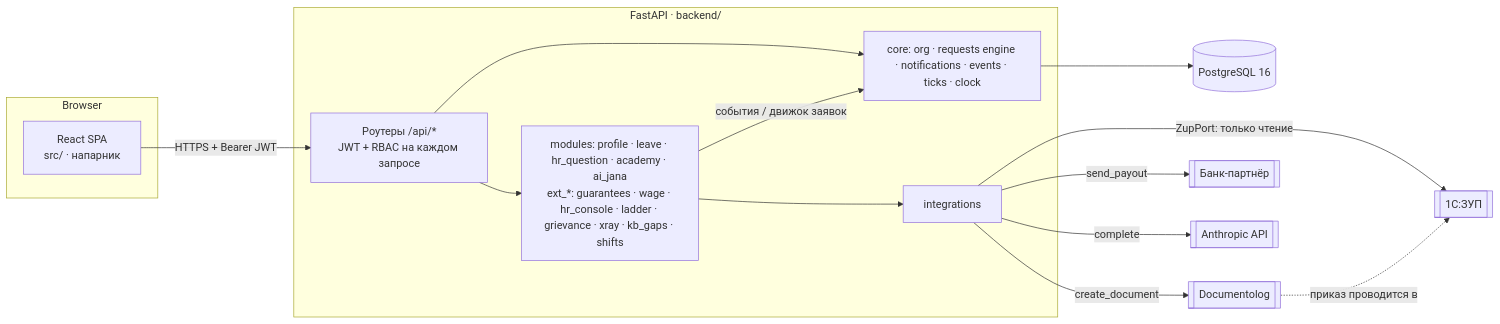
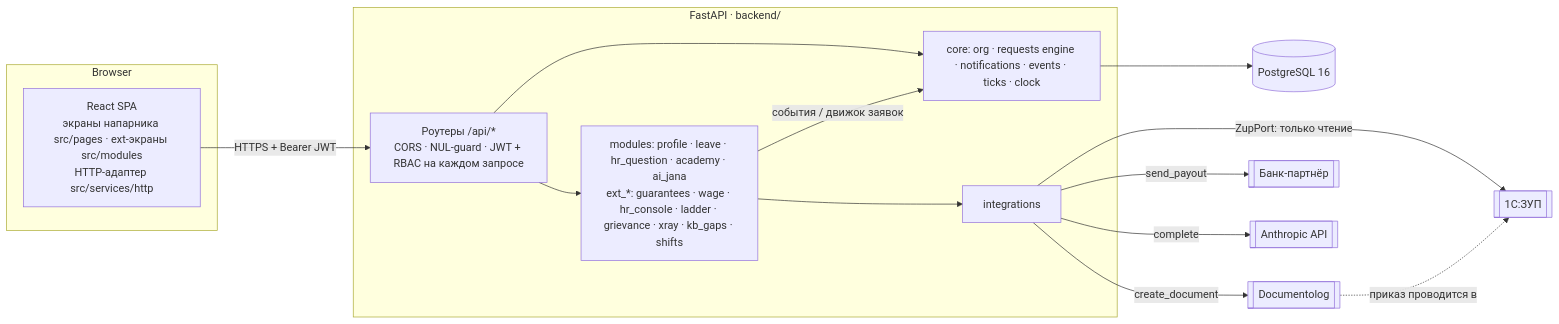
Before and after one commit to Mayntu/terricon_professors: the diagram in docs/ARCHITECTURE.md, drawn with Mermaid. The commit also changed 4 other files, not shown here.

Commit message:
docs: FINAL_QA.md, чек-лист кейса с UI-проверками, контракт и схема сверены с кодом

````diff
--- a/docs/ARCHITECTURE.md
+++ b/docs/ARCHITECTURE.md
@@ -3,29 +3,29 @@
 ```mermaid
 flowchart LR
   subgraph Browser
-    FE[React SPA<br/>src/ · напарник]
+    FE[React SPA<br/>экраны напарника src/pages · ext-экраны src/modules<br/>HTTP-адаптер src/services/http]
   end
   subgraph Backend[FastAPI · backend/]
-    API[Роутеры /api/*<br/>JWT + RBAC на каждом запросе]
+    API[Роутеры /api/*<br/>CORS · NUL-guard · JWT + RBAC на каждом запросе]
     CORE[core: org · requests engine · notifications · events · ticks · clock]
     MOD[modules: profile · leave · hr_question · academy · ai_jana<br/>ext_*: guarantees · wage · hr_console · ladder · grievance · xray · kb_gaps · shifts]
     INT[integrations]
   end
   DB[(PostgreSQL 16)]
   ZUP[[1С:ЗУП]]
   DL[[Documentolog]]
   BANK[[Банк-партнёр]]
   LLM[[Anthropic API]]
 
   FE -- HTTPS + Bearer JWT --> API
   API --> CORE
   API --> MOD
   MOD -- события / движок заявок --> CORE
   CORE --> DB
   MOD --> INT
   INT -- ZupPort: только чтение --> ZUP
   INT -- create_document --> DL
   DL -. приказ проводится в .-> ZUP
   INT -- send_payout --> BANK
   INT -- complete --> LLM
 ```
````
